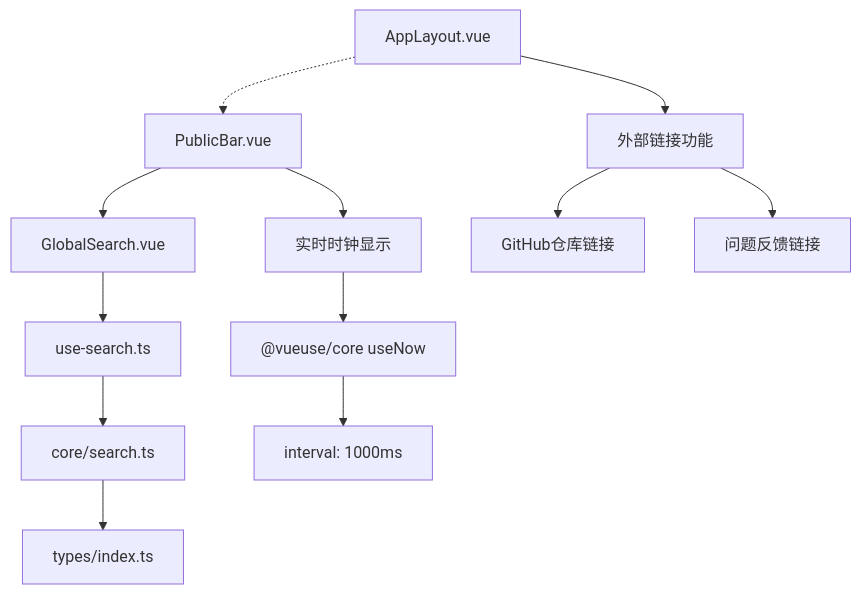
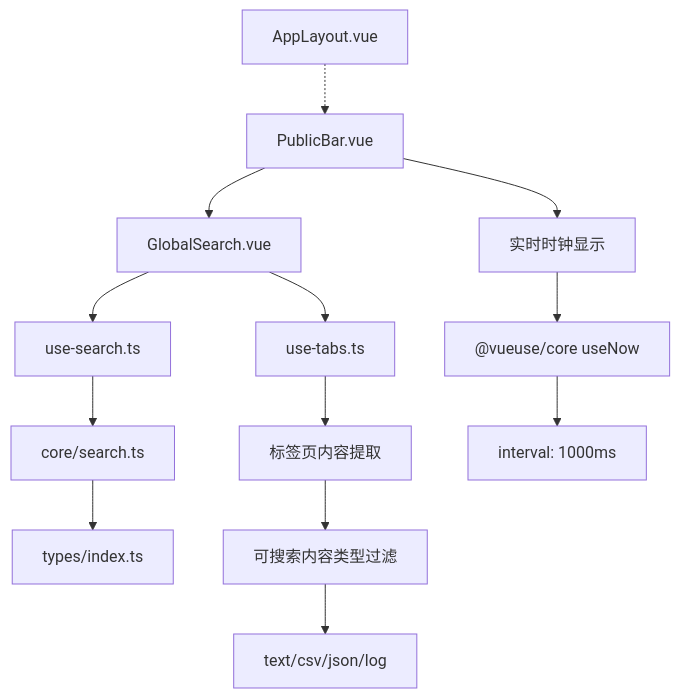
The first of 7 diagrams in .qoder/repowiki/zh/content/用户界面/核心组件/公共栏组件.md (taoweidong/Hello-Tauri), drawn with Mermaid before and after one commit. The commit also changed other lines of this file and 67 other files, not shown here.

````diff
--- a/.qoder/repowiki/zh/content/用户界面/核心组件/公共栏组件.md
+++ b/.qoder/repowiki/zh/content/用户界面/核心组件/公共栏组件.md
@@ -51,14 +56,15 @@
 ```mermaid
 graph TB
 A["PublicBar.vue"] --> B["GlobalSearch.vue"]
 A --> C["实时时钟显示"]
 B --> D["use-search.ts"]
-D --> E["core/search.ts"]
-E --> F["types/index.ts"]
-G["AppLayout.vue"] -.-> A
-G --> H["外部链接功能"]
-H --> I["GitHub仓库链接"]
-H --> J["问题反馈链接"]
-C --> K["@vueuse/core useNow"]
-K --> L["interval: 1000ms"]
+B --> E["use-tabs.ts"]
+D --> F["core/search.ts"]
+F --> G["types/index.ts"]
+H["AppLayout.vue"] -.-> A
+C --> I["@vueuse/core useNow"]
+I --> J["interval: 1000ms"]
+E --> K["标签页内容提取"]
+K --> L["可搜索内容类型过滤"]
+L --> M["text/csv/json/log"]
 ```
````
